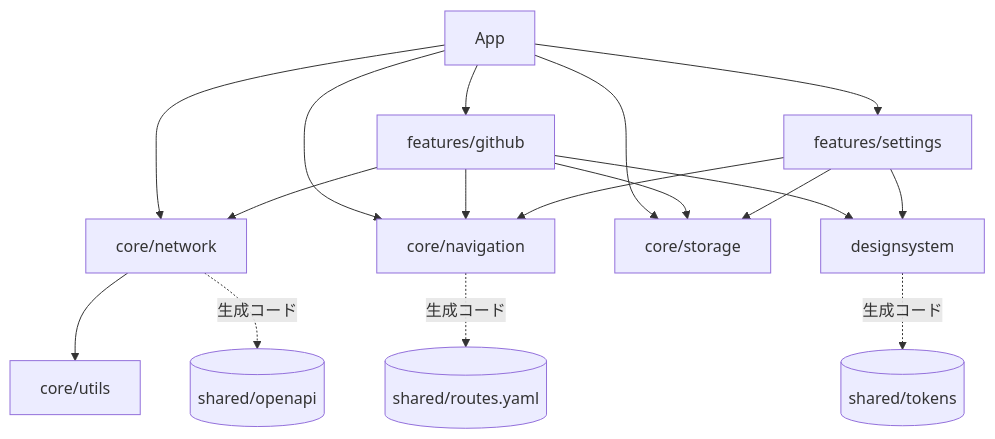
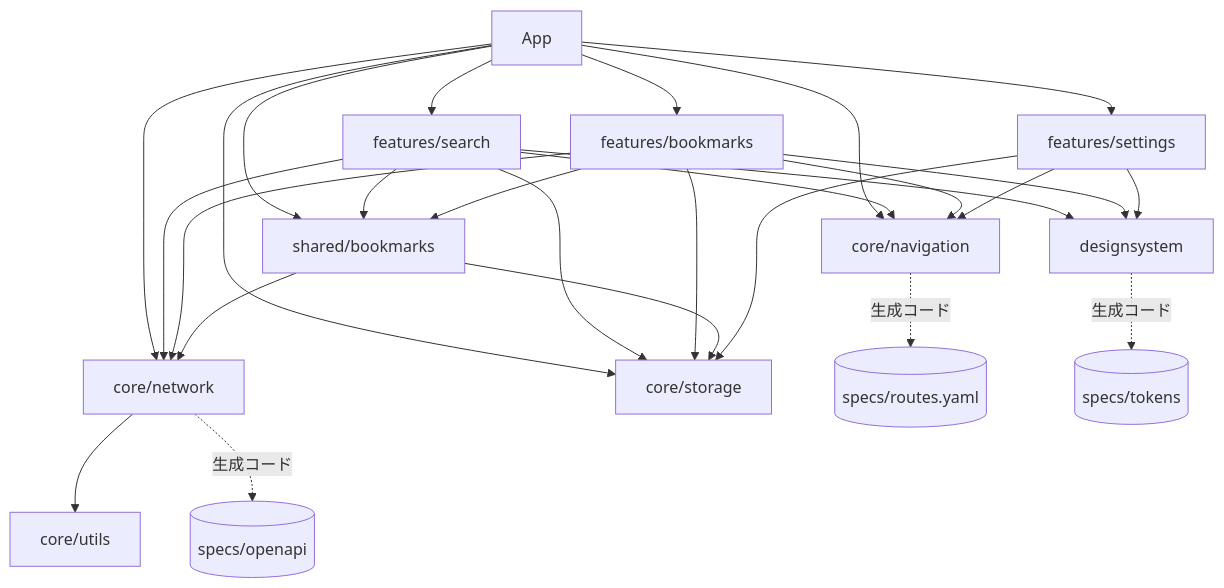
The second of 2 diagrams in README.md (imk1t/native-sync-template), drawn with Mermaid before and after one commit. The commit also changed other lines of this file and 210 other files, not shown here.

````diff
--- a/README.md
+++ b/README.md
@@ -143,19 +150,29 @@
 ```mermaid
 flowchart TD
-    app["App"] --> github["features/github"]
+    app["App"] --> search["features/search"]
+    app --> saved["features/bookmarks"]
     app --> settings["features/settings"]
+    app --> bookmarks["shared/bookmarks"]
     app --> network["core/network"]
     app --> navigation["core/navigation"]
     app --> storage["core/storage"]
-    github --> network
-    github --> navigation
-    github --> storage
-    github --> designsystem
+    search --> bookmarks
+    search --> network
+    search --> navigation
+    search --> storage
+    search --> designsystem
+    saved --> bookmarks
+    saved --> network
+    saved --> navigation
+    saved --> storage
+    saved --> designsystem
+    bookmarks --> storage
+    bookmarks --> network
     settings --> storage
     settings --> navigation
     settings --> designsystem
     network --> utils["core/utils"]
-    network -.->|生成コード| openapi[("shared/openapi")]
-    navigation -.->|生成コード| routes[("shared/routes.yaml")]
-    designsystem -.->|生成コード| tokens[("shared/tokens")]
+    network -.->|生成コード| openapi[("specs/openapi")]
+    navigation -.->|生成コード| routes[("specs/routes.yaml")]
+    designsystem -.->|生成コード| tokens[("specs/tokens")]
 ```
````
